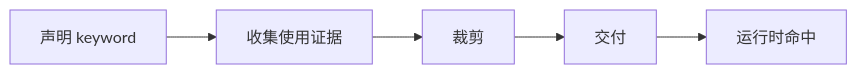
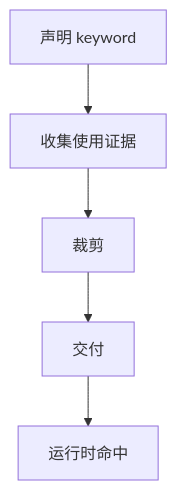
One commit to TwoEggDu/twoegg-tech-stack changed the first of 4 diagrams in content/engine-notes/unity-shader-variant-full-lifecycle-overview.md. Above: the diagram before and after it, drawn with Mermaid. The commit also changed other lines of this file, not shown here.

Commit message:
Switch all Mermaid diagrams to TD (vertical) to fit container width

````diff
--- a/content/engine-notes/unity-shader-variant-full-lifecycle-overview.md
+++ b/content/engine-notes/unity-shader-variant-full-lifecycle-overview.md
@@ -25,7 +25,7 @@
 ```mermaid
-flowchart LR
+flowchart TD
     A["声明 keyword"] --> B["收集使用证据"]
     B --> C["裁剪"]
     C --> D["交付"]
     D --> E["运行时命中"]
 ```
````
